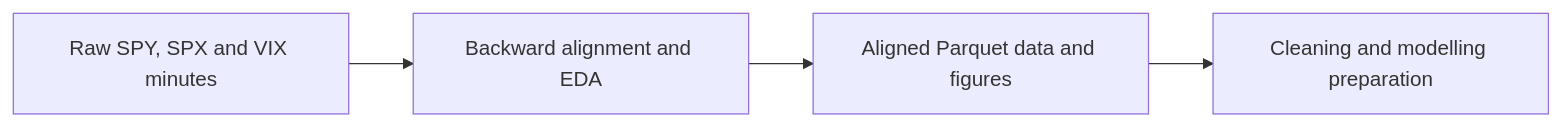
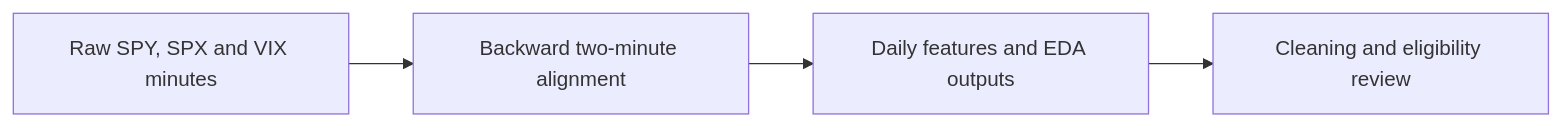
The diagram in docs/notebooks/03_aligned_eda.md (Ferreter/Dissertation), drawn with Mermaid before and after one commit. The commit also changed other lines of this file and 27 other files, not shown here.

````diff
--- a/docs/notebooks/03_aligned_eda.md
+++ b/docs/notebooks/03_aligned_eda.md
@@ -12,6 +13,6 @@
 ```mermaid
 flowchart LR
-    A["Raw SPY, SPX and VIX minutes"] --> B["Backward alignment and EDA"]
-    B --> C["Aligned Parquet data and figures"]
-    C --> D["Cleaning and modelling preparation"]
+    A["Raw SPY, SPX and VIX minutes"] --> B["Backward two-minute alignment"]
+    B --> C["Daily features and EDA outputs"]
+    C --> D["Cleaning and eligibility review"]
 ```
````
